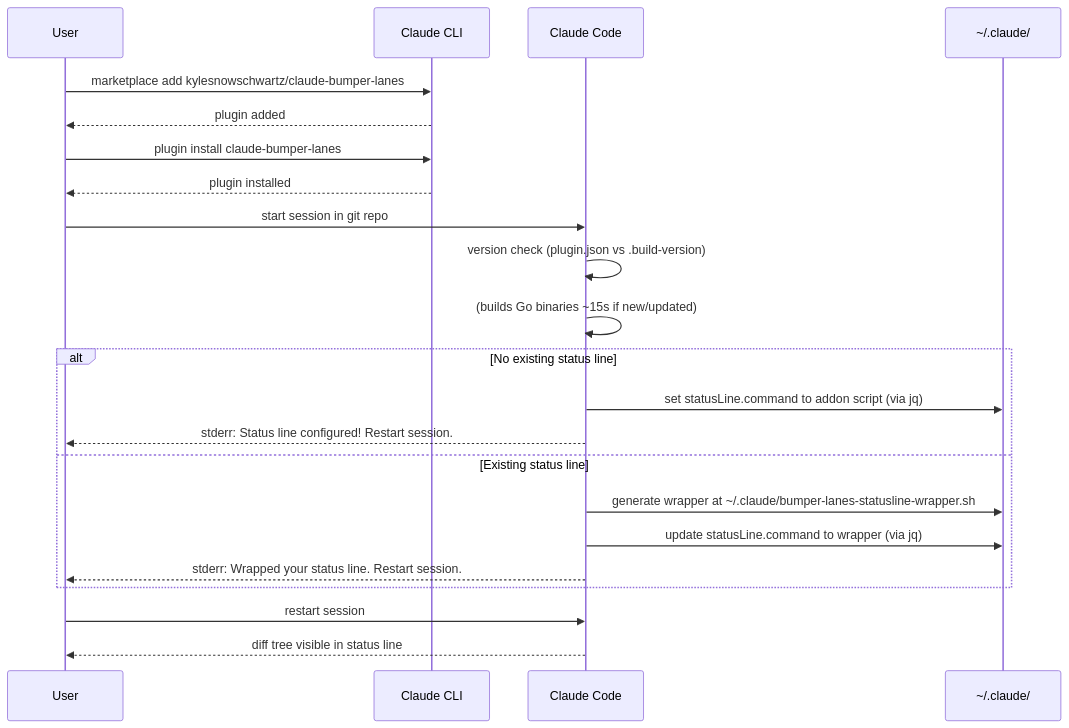
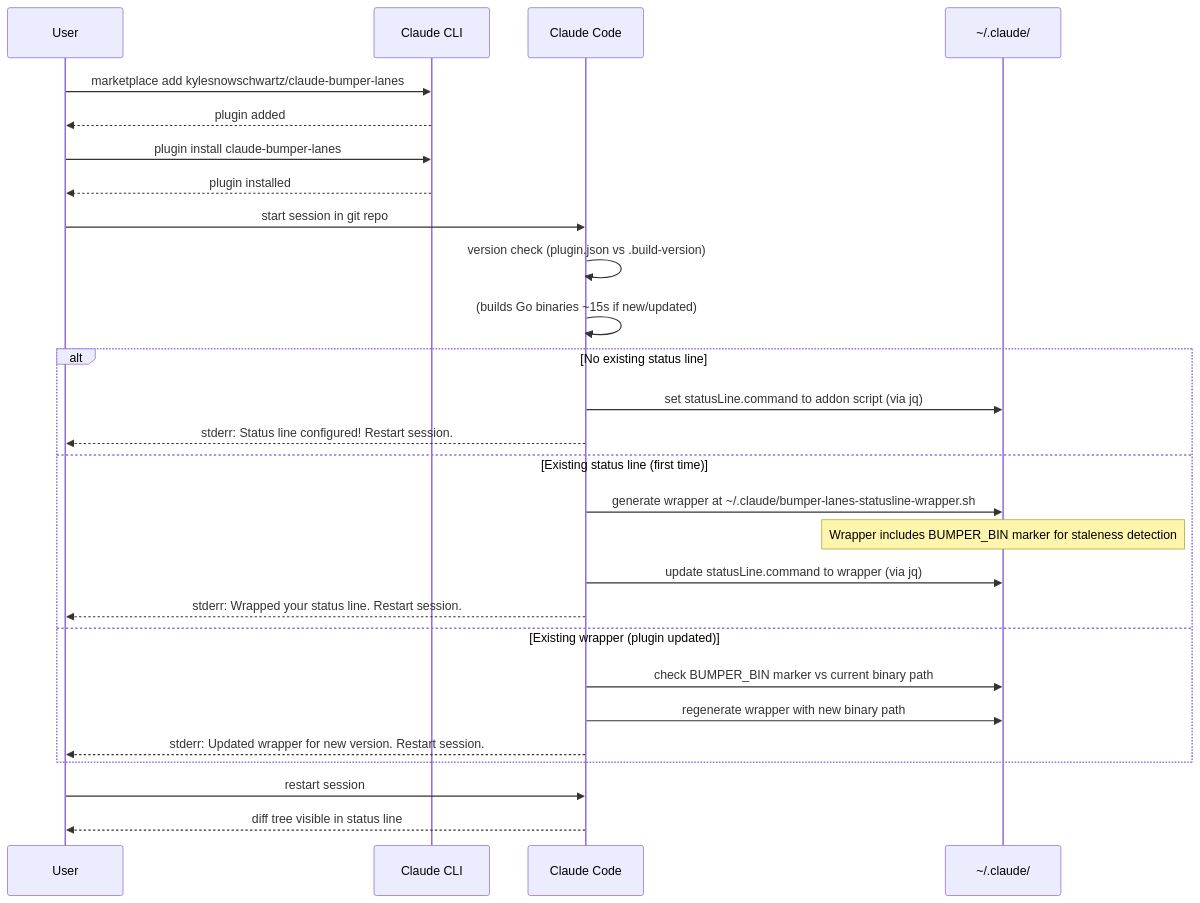
The diagram in docs/onboarding-sequence.mmd (kylesnowschwartz/claude-bumper-lanes), drawn with Mermaid before and after one commit. The commit also changed 4 other files, not shown here.

First line of the commit message:
feat: auto-regenerate stale status line wrappers on plugin update

```diff
--- a/docs/onboarding-sequence.mmd
+++ b/docs/onboarding-sequence.mmd
@@ -1,53 +1,61 @@
 %% Onboarding Flow: Plugin install → working status line
 %% Render: cat onboarding-sequence.mmd | mermaid-ascii -f -
 %% Focus: User-facing steps only (internal details omitted)
 
 sequenceDiagram
     participant User
     participant CLI as Claude CLI
     participant CC as Claude Code
     participant FS as ~/.claude/
 
     %% Phase 1: Plugin Installation (two commands)
     User->>CLI: marketplace add kylesnowschwartz/claude-bumper-lanes
     CLI-->>User: plugin added
 
     User->>CLI: plugin install claude-bumper-lanes
     CLI-->>User: plugin installed
 
     %% Phase 2: First Session (auto-setup)
     User->>CC: start session in git repo
     CC->>CC: version check (plugin.json vs .build-version)
     CC->>CC: (builds Go binaries ~15s if new/updated)
 
     %% Auto-setup status line
     alt No existing status line
         CC->>FS: set statusLine.command to addon script (via jq)
         CC-->>User: stderr: Status line configured! Restart session.
-    else Existing status line
+    else Existing status line (first time)
         CC->>FS: generate wrapper at ~/.claude/bumper-lanes-statusline-wrapper.sh
+        Note over FS: Wrapper includes BUMPER_BIN marker for staleness detection
         CC->>FS: update statusLine.command to wrapper (via jq)
         CC-->>User: stderr: Wrapped your status line. Restart session.
+    else Existing wrapper (plugin updated)
+        CC->>FS: check BUMPER_BIN marker vs current binary path
+        CC->>FS: regenerate wrapper with new binary path
+        CC-->>User: stderr: Updated wrapper for new version. Restart session.
     end
 
     %% Phase 3: Working
     User->>CC: restart session
     CC-->>User: diff tree visible in status line
 
 %% ============================================================
 %% VALIDATION REFERENCES
 %% ============================================================
 %% - Plugin install: README.md:24-27
 %% - Version sentinel: scripts/ensure-binaries.sh
 %% - Auto-setup: internal/hooks/session_start.go:setupStatusLineWrapper()
 %% - Wrapper generation: internal/hooks/session_start.go:generateWrapper()
+%% - Staleness check: internal/hooks/session_start.go:isWrapperStale()
+%% - Binary path extraction: internal/hooks/session_start.go:getWrapperBinaryPath()
 %% - Settings update: internal/hooks/session_start.go:updateSettingsWithJq()
 %%
-%% RESOLVED PAIN POINTS (v2.1.0)
+%% RESOLVED PAIN POINTS (v2.1.0+)
 %% 1. Two CLI commands required - UNCHANGED (Claude Code limitation)
 %% 2. 10-15s compile delay - UNCHANGED (Go build required)
 %% 3. One-time stderr prompt easy to miss - NOW: auto-setup, no action needed
 %% 4. Manual JSON editing required - NOW: auto via jq
 %% 5. Session restart required - UNCHANGED (Claude Code limitation)
+%% 6. Wrapper stale after plugin update - NOW: auto-regenerate via BUMPER_BIN marker
 %%
 %% OPT-OUT: Set "auto_statusline": false in .git/bumper-config.json
```
